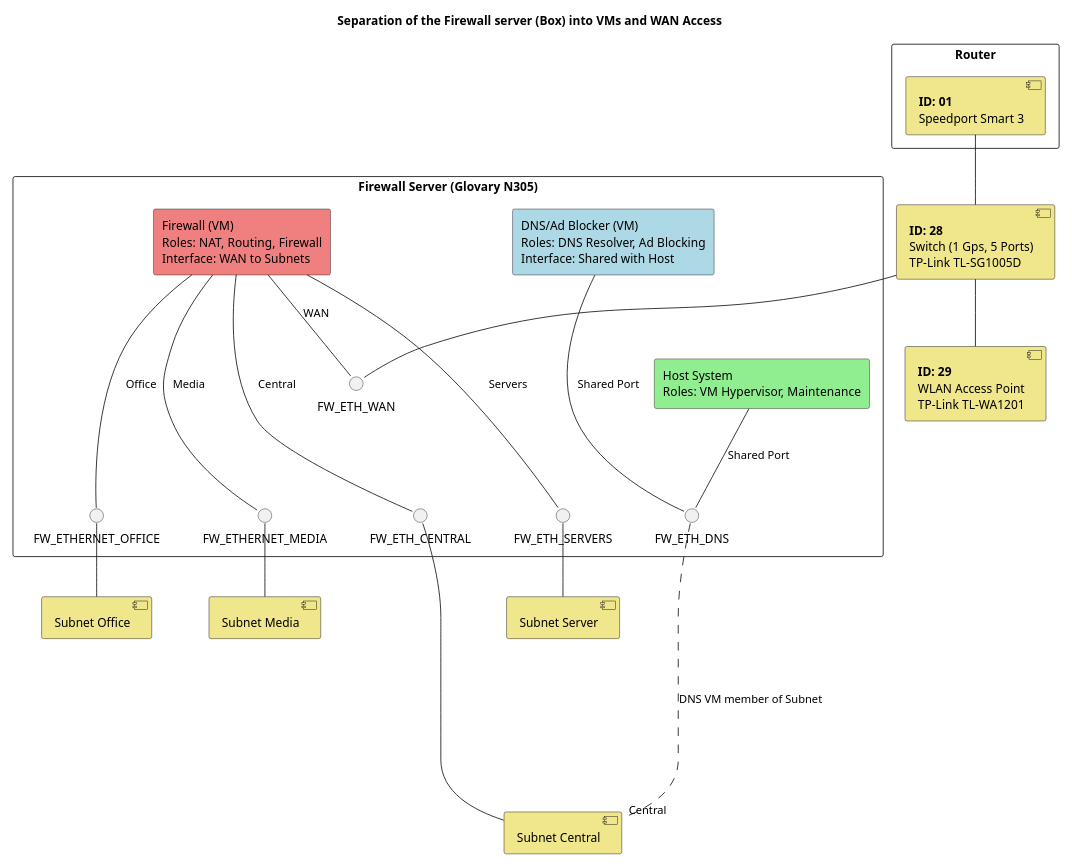
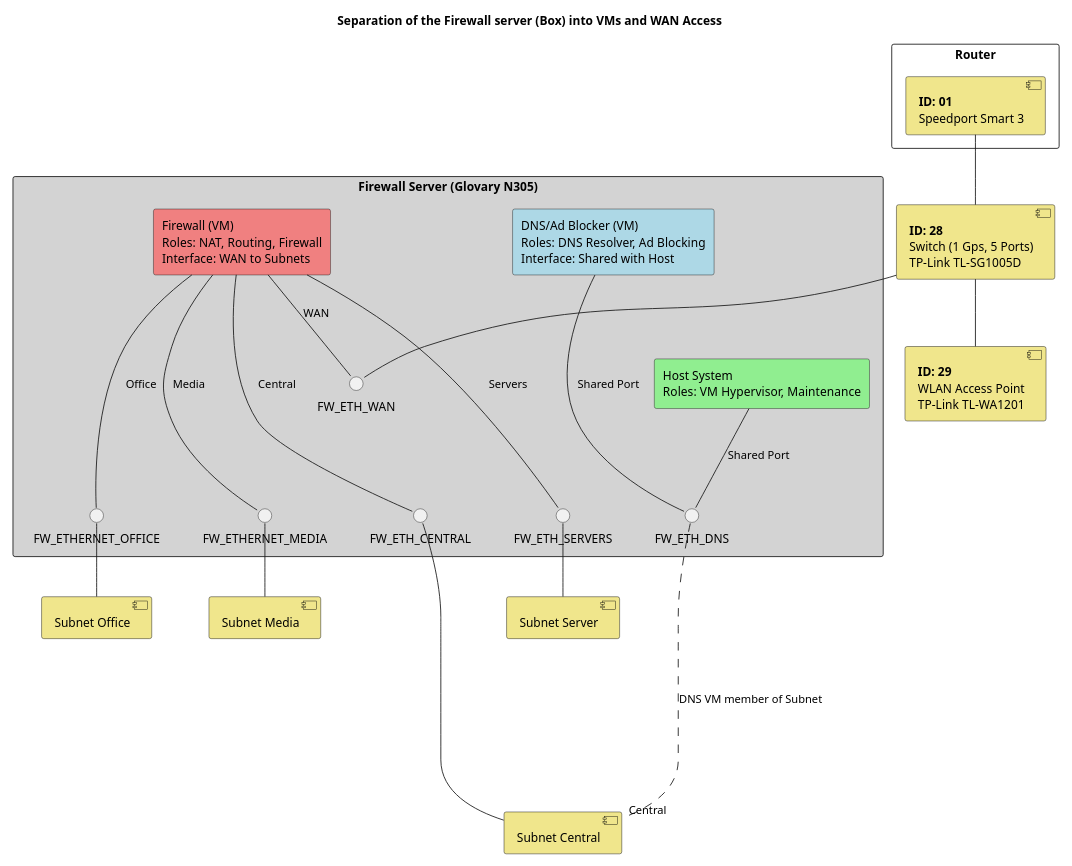
The diagram in home/update/details-firewall.puml (StefanSchade/setup-linux), drawn with PlantUML before and after one commit. The commit also changed 5 other files, not shown here.

Commit message:
detail server glovary

```diff
--- a/home/update/details-firewall.puml
+++ b/home/update/details-firewall.puml
@@ -1,64 +1,64 @@
 @startuml
 title Separation of the Firewall server (Box) into VMs and WAN Access
 
 skinparam maxWidth 2000
 skinparam maxHeight 900
 scale 0.7
 
 skinparam component {
     BackgroundColor Khaki
     BorderColor Black
     FontColor Black
 }
 
 rectangle "Router" as Router {
     [**ID: 01**\nSpeedport Smart 3] as ROUTER_DEVICE
 }
 
 [**ID: 28**\nSwitch (1 Gps, 5 Ports)\nTP-Link TL-SG1005D] as SWITCH_REPEATER
 
 [**ID: 29**\nWLAN Access Point\nTP-Link TL-WA1201] as REPEATER
 
-rectangle "Firewall Server (Glovary N305)" as DOMAIN_FIREWALL {
+rectangle "Firewall Server (Glovary N305)" as DOMAIN_FIREWALL #LightGrey {
     rectangle "Firewall (VM)\nRoles: NAT, Routing, Firewall\nInterface: WAN to Subnets" as FW_VM #LightCoral
     rectangle "DNS/Ad Blocker (VM)\nRoles: DNS Resolver, Ad Blocking\nInterface: Shared with Host" as DNS_AD_VM #LightBlue
     rectangle "Host System\nRoles: VM Hypervisor, Maintenance" as FW_HOST #LightGreen
 
     FW_VM -- FW_ETH_WAN : WAN
     FW_VM -- FW_ETHERNET_OFFICE : Office
     FW_VM -- FW_ETHERNET_MEDIA : Media
     FW_VM -- FW_ETH_CENTRAL : Central
     FW_VM -- FW_ETH_SERVERS : Servers
     FW_HOST -- FW_ETH_DNS : Shared Port
     DNS_AD_VM -- FW_ETH_DNS : Shared Port
 
     DNS_AD_VM -[hidden]- FW_HOST
 }
 
 [Subnet Media] as SWITCH_MEDIA
 [Subnet Office] as SWITCH_OFFICE
 [Subnet Server] as SWITCH_SERVERS
 [Subnet Central] as SWITCH_CENTRAL
 
 ROUTER_DEVICE -- SWITCH_REPEATER
 SWITCH_REPEATER -- REPEATER
 SWITCH_REPEATER -- FW_ETH_WAN
 
 FW_ETH_WAN -[hidden]- FW_ETHERNET_OFFICE
 FW_ETH_WAN -[hidden]- FW_ETHERNET_MEDIA
 FW_ETH_WAN -[hidden]- FW_ETH_CENTRAL
 FW_ETH_WAN -[hidden]- FW_ETH_SERVERS
 FW_ETH_WAN -[hidden]- FW_ETH_DNS
 
 FW_ETH_CENTRAL -- SWITCH_CENTRAL
 FW_ETHERNET_OFFICE -- SWITCH_OFFICE
 FW_ETHERNET_MEDIA -- SWITCH_MEDIA
 FW_ETH_SERVERS -- SWITCH_SERVERS
 
 
 'FW_ETH_DNS -.-.- SWITCH_MEDIA : DNS requests via HTTP/S
 'FW_ETH_DNS -.-.- SWITCH_OFFICE : DNS requests via HTTP/S
 'FW_ETH_DNS -.-.- SWITCH_SERVERS : DNS requests via HTTP/S
 FW_ETH_DNS -.-.- SWITCH_CENTRAL : DNS VM member of Subnet "Central" 
 
 @enduml
```
